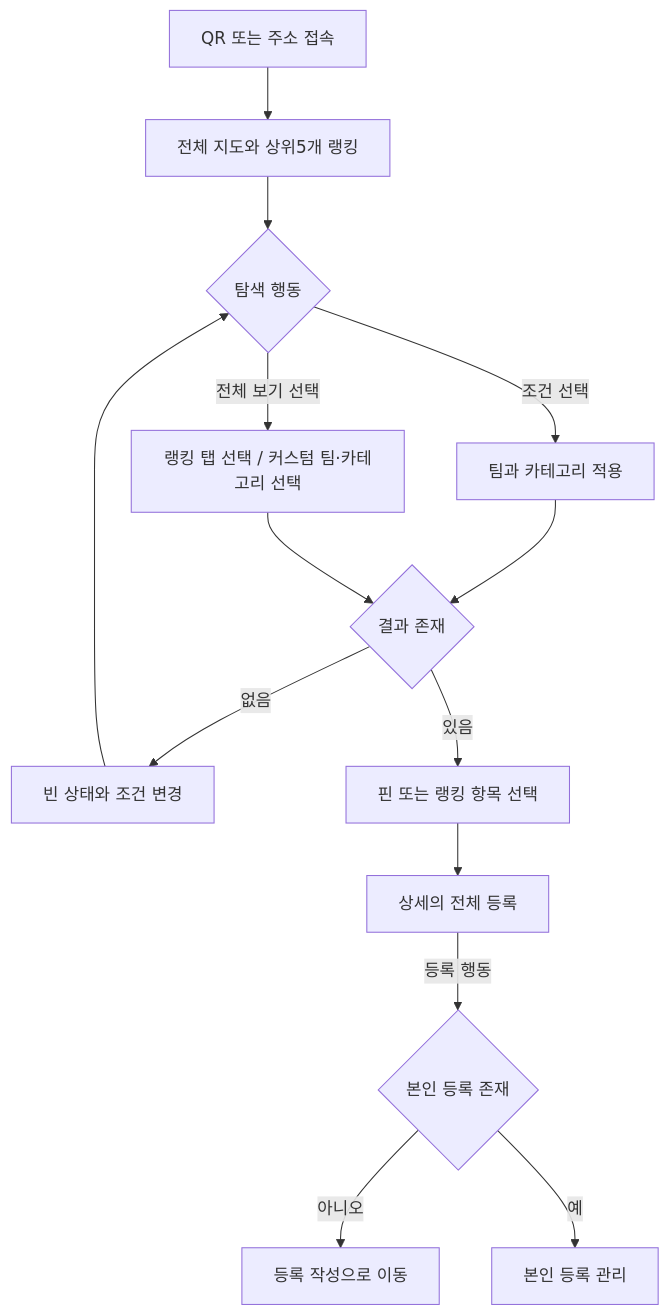
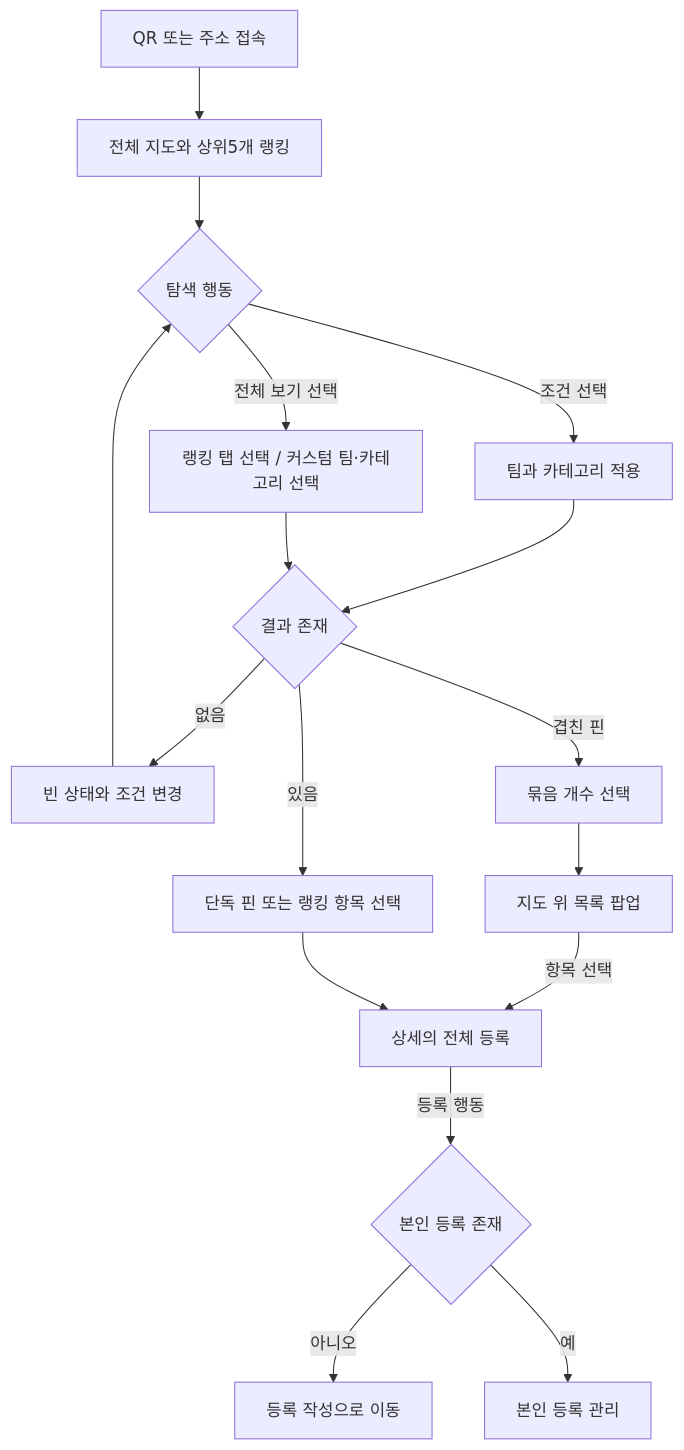
One commit to tunggary/it-center-food-map changed the first of 5 diagrams in docs/2-user-story/participant.md. Above: the diagram before and after it, drawn with Mermaid. The commit also changed other lines of this file and 16 other files, not shown here.

````diff
--- a/docs/2-user-story/participant.md
+++ b/docs/2-user-story/participant.md
@@ -133,16 +134,19 @@
 ```mermaid
 flowchart TD
     visit["QR 또는 주소 접속"] --> home["전체 지도와 상위5개 랭킹"]
     home --> choose{"탐색 행동"}
     choose -->|"조건 선택"| filter["팀과 카테고리 적용"]
     choose -->|"전체 보기 선택"| ranks["랭킹 탭 선택 / 커스텀 팀·카테고리 선택"]
     filter --> results{"결과 존재"}
     ranks --> results
     results -->|"없음"| empty["빈 상태와 조건 변경"]
     empty --> choose
-    results -->|"있음"| selectItem["핀 또는 랭킹 항목 선택"]
+    results -->|"있음"| selectItem["단독 핀 또는 랭킹 항목 선택"]
+    results -->|"겹친 핀"| cluster["묶음 개수 선택"]
+    cluster --> popup["지도 위 목록 팝업"]
+    popup -->|"항목 선택"| detail
     selectItem --> detail["상세의 전체 등록"]
     detail -->|"등록 행동"| own{"본인 등록 존재"}
     own -->|"아니오"| form["등록 작성으로 이동"]
     own -->|"예"| manage["본인 등록 관리"]
 ```
````
